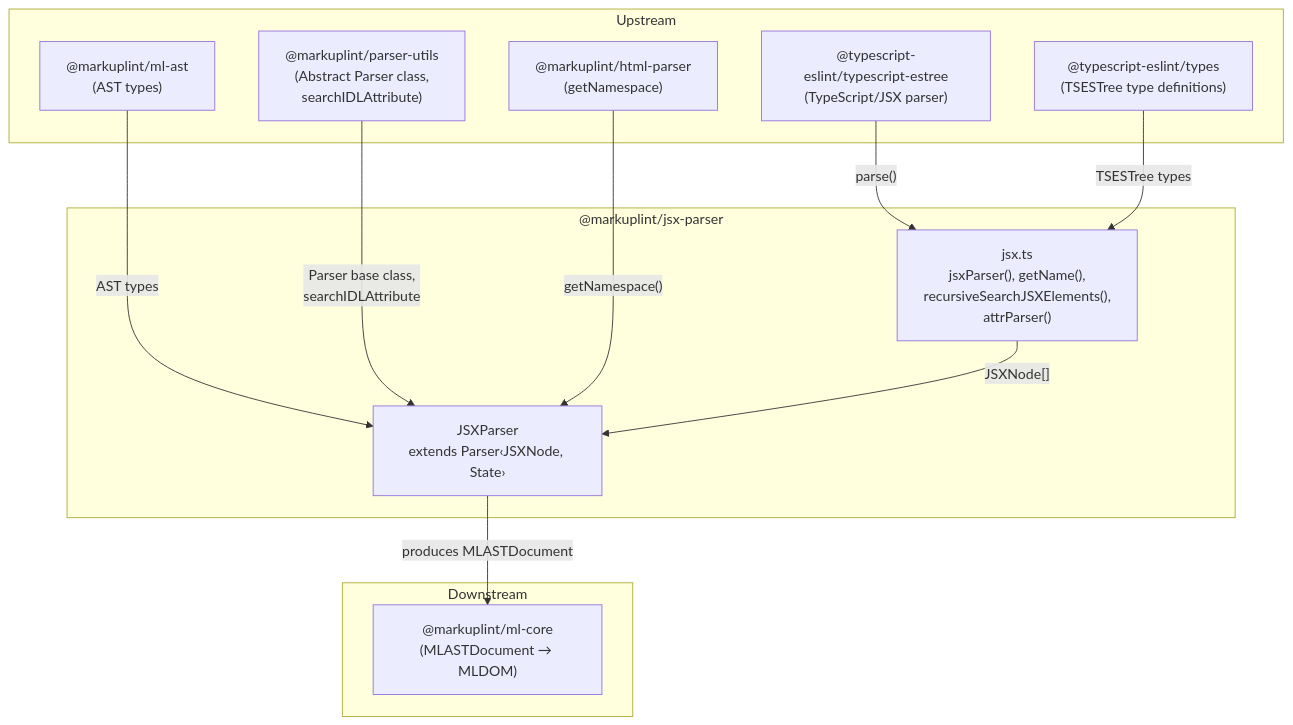
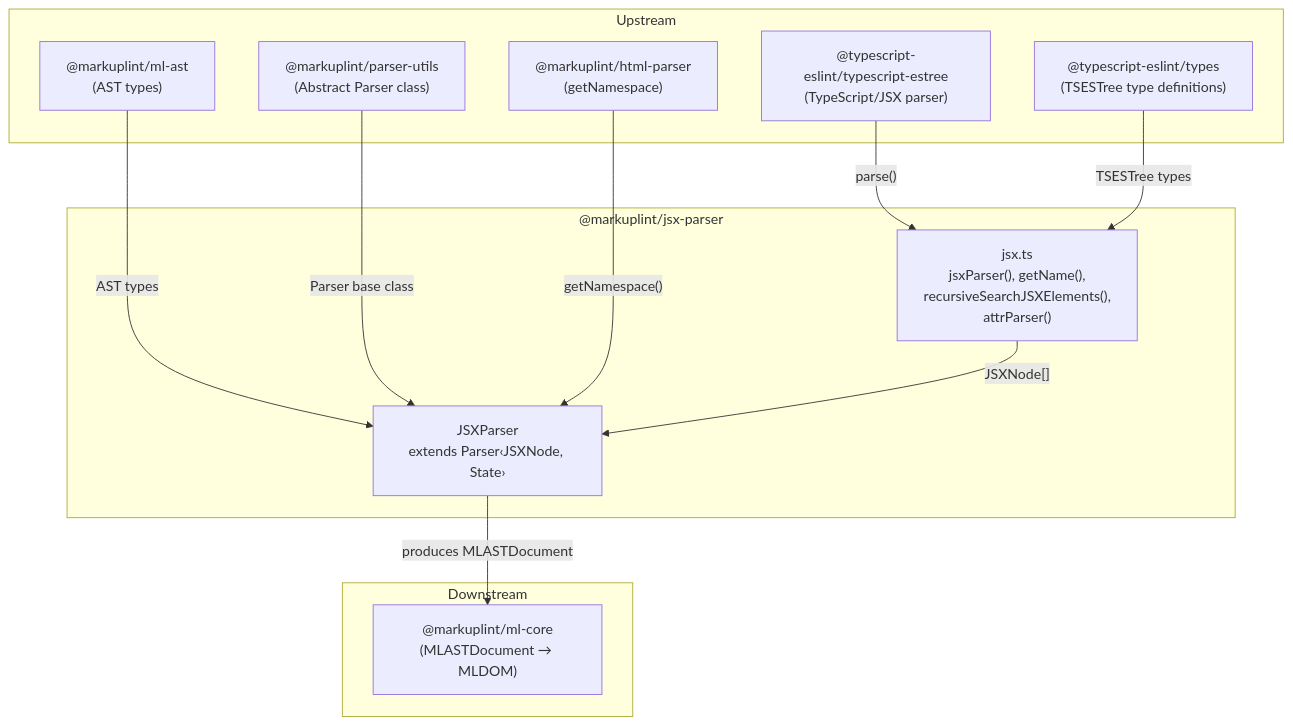
The first of 3 diagrams in packages/@markuplint/jsx-parser/ARCHITECTURE.md (markuplint/markuplint), drawn with Mermaid before and after one commit. The commit also changed other lines of this file and 6 other files, not shown here.

First line of the commit message:
refactor(jsx-parser): remove IDL attribute mapping from visitAttr

````diff
--- a/packages/@markuplint/jsx-parser/ARCHITECTURE.md
+++ b/packages/@markuplint/jsx-parser/ARCHITECTURE.md
@@ -20,28 +20,28 @@
 ```mermaid
 flowchart TD
     subgraph upstream ["Upstream"]
         mlAst["@markuplint/ml-ast\n(AST types)"]
-        parserUtils["@markuplint/parser-utils\n(Abstract Parser class,\nsearchIDLAttribute)"]
+        parserUtils["@markuplint/parser-utils\n(Abstract Parser class)"]
         htmlParser["@markuplint/html-parser\n(getNamespace)"]
         tsEstree["@typescript-eslint/typescript-estree\n(TypeScript/JSX parser)"]
         tsTypes["@typescript-eslint/types\n(TSESTree type definitions)"]
     end
 
     subgraph pkg ["@markuplint/jsx-parser"]
         jsxParserClass["JSXParser\nextends Parser‹JSXNode, State›"]
         jsxModule["jsx.ts\njsxParser(), getName(),\nrecursiveSearchJSXElements(),\nattrParser()"]
     end
 
     subgraph downstream ["Downstream"]
         mlCore["@markuplint/ml-core\n(MLASTDocument → MLDOM)"]
     end
 
     mlAst -->|"AST types"| jsxParserClass
-    parserUtils -->|"Parser base class,\nsearchIDLAttribute"| jsxParserClass
+    parserUtils -->|"Parser base class"| jsxParserClass
     htmlParser -->|"getNamespace()"| jsxParserClass
     tsEstree -->|"parse()"| jsxModule
     tsTypes -->|"TSESTree types"| jsxModule
 
     jsxModule -->|"JSXNode[]"| jsxParserClass
     jsxParserClass -->|"produces MLASTDocument"| mlCore
 ```
````
